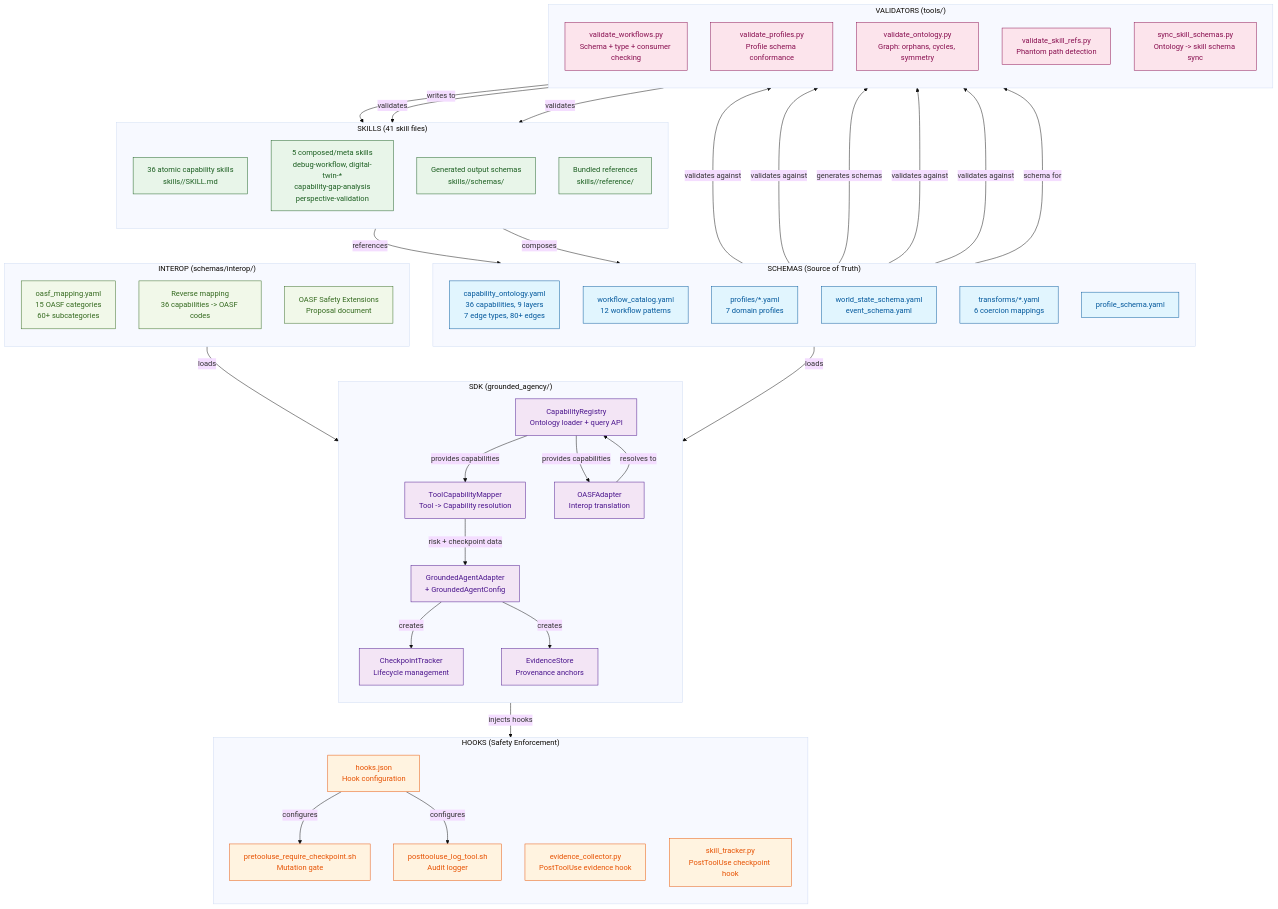
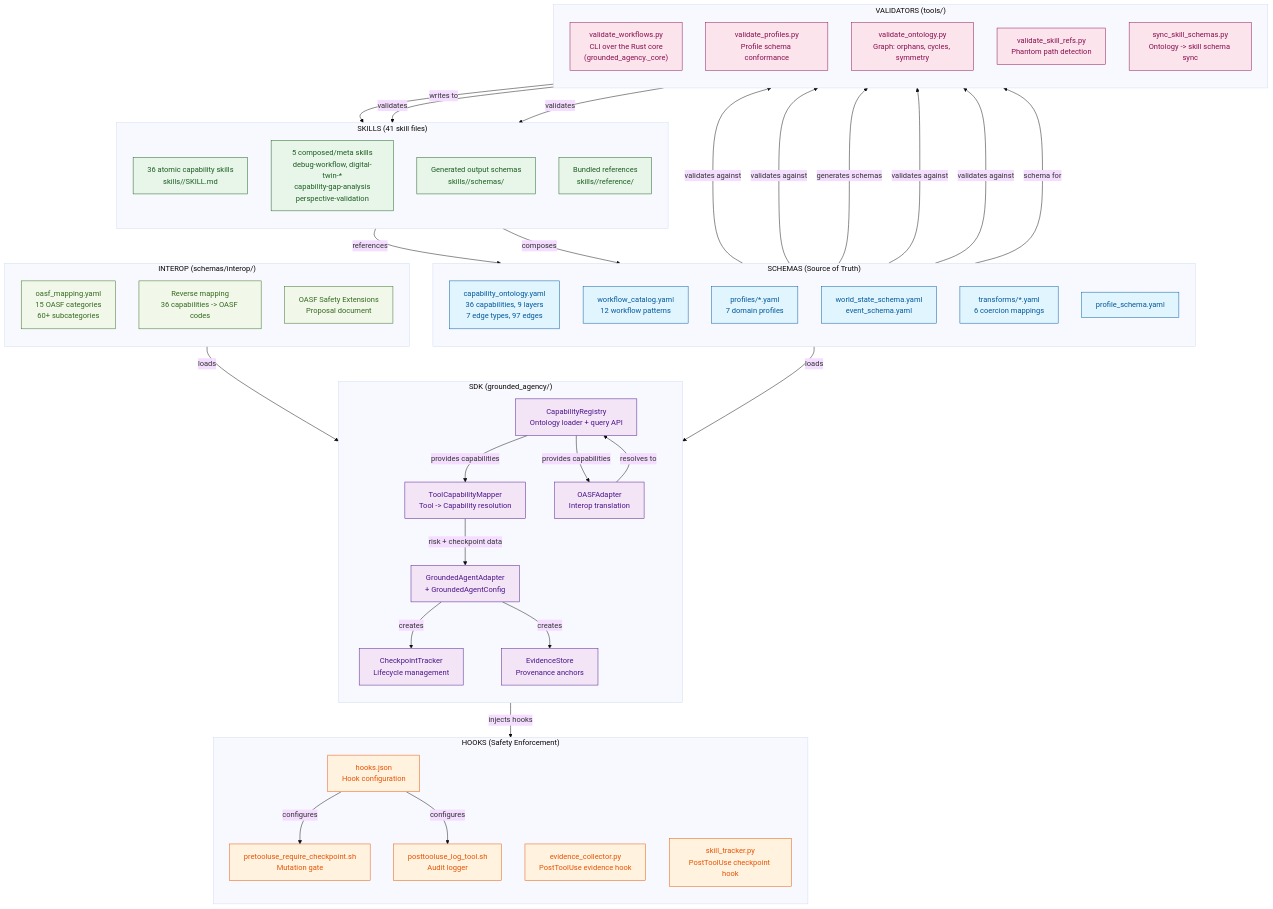
The first of 8 diagrams in analysis/02-system-diagrams-and-features.md (synaptiai/agent-capability-standard), drawn with Mermaid (base theme) before and after one commit. The commit also changed other lines of this file and 108 other files, not shown here.

```diff
--- a/analysis/02-system-diagrams-and-features.md
+++ b/analysis/02-system-diagrams-and-features.md
@@ -39,7 +39,7 @@
 flowchart TB
     subgraph Schemas["SCHEMAS (Source of Truth)"]
         direction TB
-        ONT["capability_ontology.yaml\n36 capabilities, 9 layers\n7 edge types, 80+ edges"]
+        ONT["capability_ontology.yaml\n36 capabilities, 9 layers\n7 edge types, 97 edges"]
         WFC["workflow_catalog.yaml\n12 workflow patterns"]
         PRF["profiles/*.yaml\n7 domain profiles"]
         WSS["world_state_schema.yaml\nevent_schema.yaml"]
@@ -76,7 +76,7 @@
 
     subgraph Validators["VALIDATORS (tools/)"]
         direction TB
-        VW["validate_workflows.py\nSchema + type + consumer checking"]
+        VW["validate_workflows.py\nCLI over the Rust core\n(grounded_agency._core)"]
         VP["validate_profiles.py\nProfile schema conformance"]
         VO["validate_ontology.py\nGraph: orphans, cycles, symmetry"]
         VR["validate_skill_refs.py\nPhantom path detection"]
```
